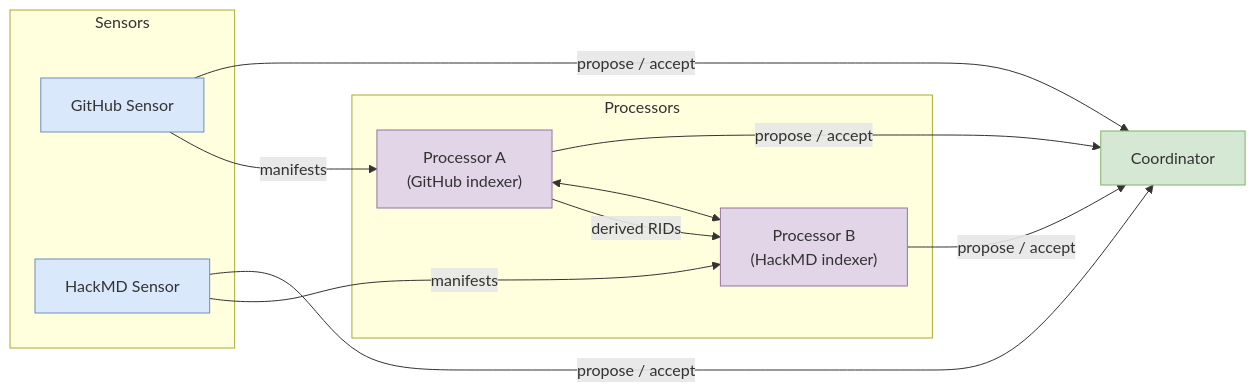
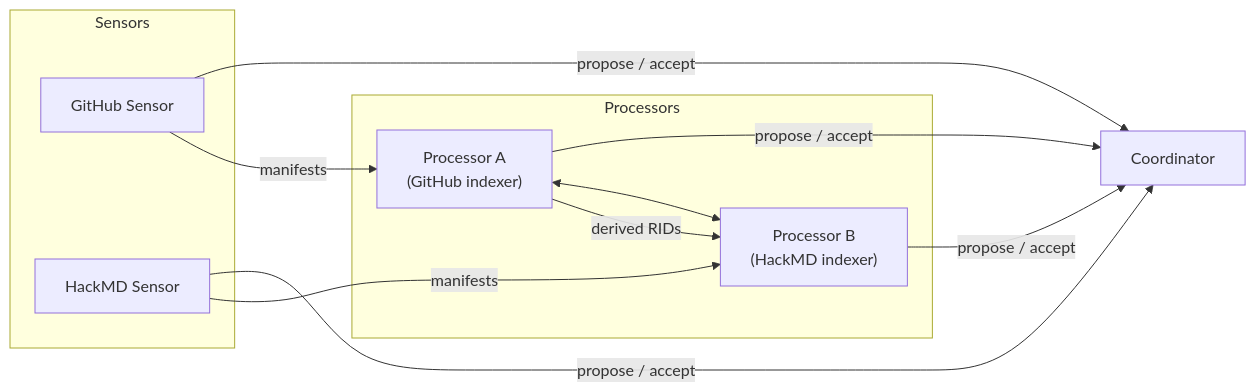
Before and after one commit to sayertindall/koi-demo: the diagram in README.md, drawn with Mermaid.

````diff
--- a/README.md
+++ b/README.md
@@ -32,28 +32,24 @@
 ```mermaid
 flowchart LR
     subgraph Sensors
         G["GitHub Sensor"]:::sensor
         H["HackMD Sensor"]:::sensor
     end
     subgraph Processors
         A["Processor A<br>(GitHub indexer)"]:::proc
         B["Processor B<br>(HackMD indexer)"]:::proc
     end
     C["Coordinator"]:::coord
 
     %% control-plane handshakes
     G -- "propose / accept" --> C
     H -- "propose / accept" --> C
     A -- "propose / accept" --> C
     B -- "propose / accept" --> C
     A <--> B
 
     %% data-plane
     G -- "manifests" --> A
     H -- "manifests" --> B
     A -- "derived RIDs" --> B
-
-    classDef sensor fill:#dae8fc,stroke:#6c8ebf;
-    classDef proc fill:#e1d5e7,stroke:#9673a6;
-    classDef coord fill:#d5e8d4,stroke:#82b366;
 ```
````
